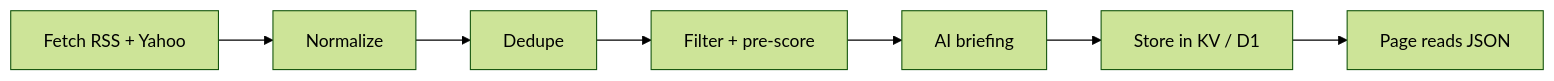
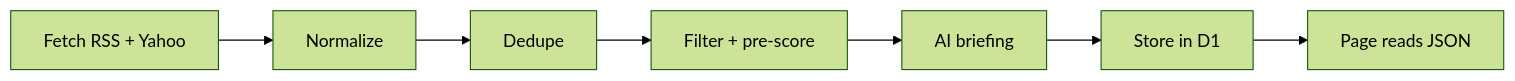
One commit to SchwarzRene/bqe-frontend changed the diagram in research/markettape/README.md. Above: the diagram before and after it, drawn with Mermaid (forest theme). The commit also changed other lines of this file and 24 other files, not shown here.

````diff
--- a/research/markettape/README.md
+++ b/research/markettape/README.md
@@ -81,9 +121,9 @@
 ```mermaid
 flowchart LR
   A[Fetch RSS + Yahoo] --> B[Normalize]
   B --> C[Dedupe]
   C --> D[Filter + pre-score]
   D --> E[AI briefing]
-  E --> F[Store in KV / D1]
+  E --> F[Store in D1]
   F --> G[Page reads JSON]
 ```
````
